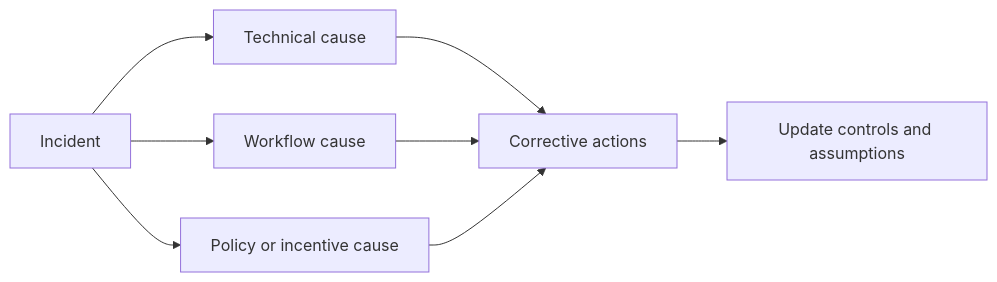
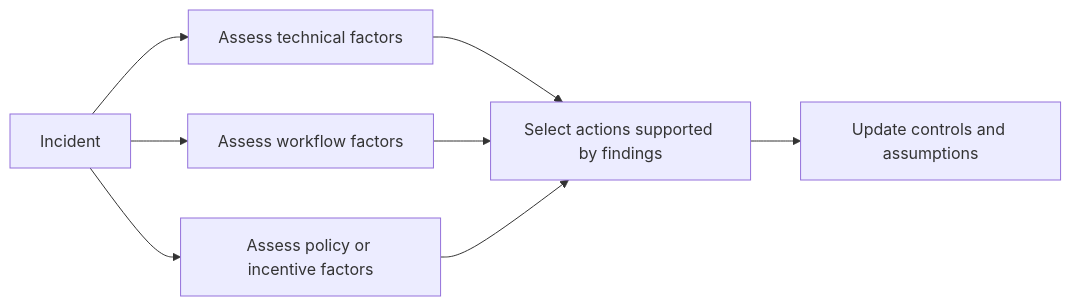
One commit to UncertaintyArchitectureGroup/The-Subprime-Code-Crisis changed the fourth of 5 diagrams in protocols/04_systemic_cure.md. Above: the diagram before and after it, drawn with Mermaid. The commit also changed other lines of this file and 14 other files, not shown here.

````diff
--- a/protocols/04_systemic_cure.md
+++ b/protocols/04_systemic_cure.md
@@ -371,10 +371,10 @@
 ```mermaid
 flowchart LR
-    A[Incident] --> B[Technical cause]
-    A --> C[Workflow cause]
-    A --> D[Policy or incentive cause]
-    B --> E[Corrective actions]
+    A[Incident] --> B[Assess technical factors]
+    A --> C[Assess workflow factors]
+    A --> D[Assess policy or incentive factors]
+    B --> E[Select actions supported by findings]
     C --> E
     D --> E
     E --> F[Update controls and assumptions]
 ```
````
